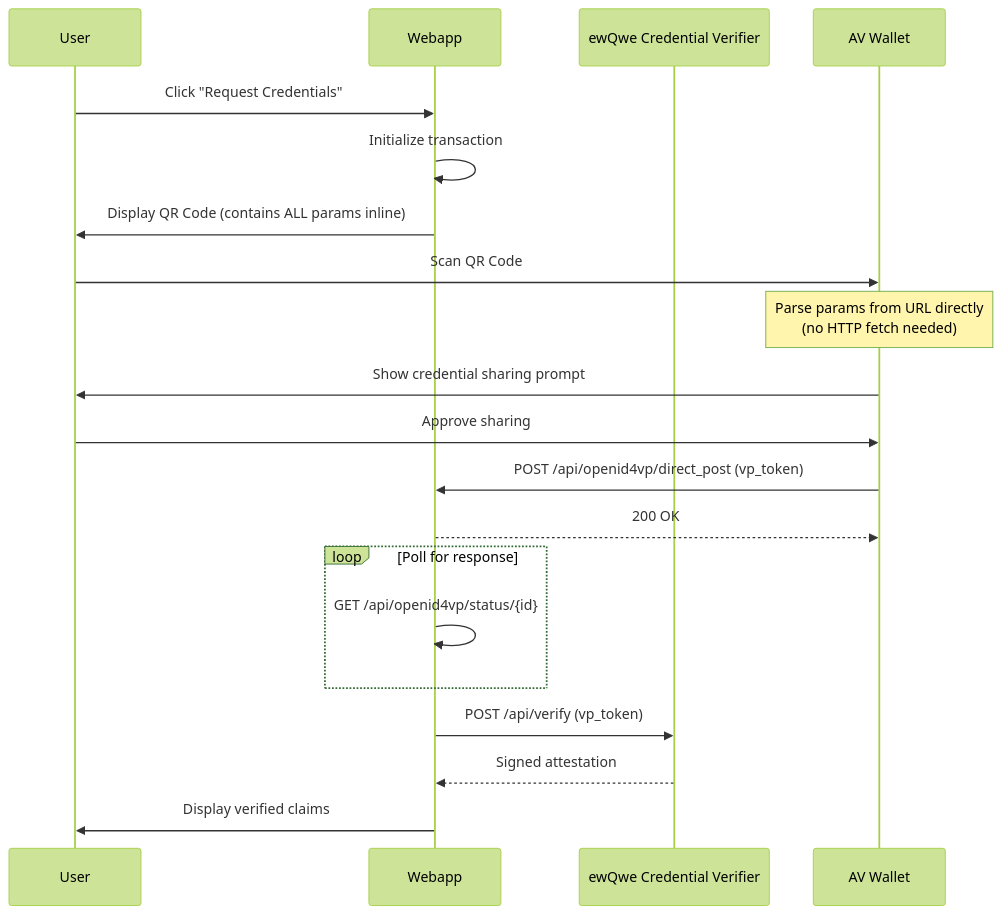
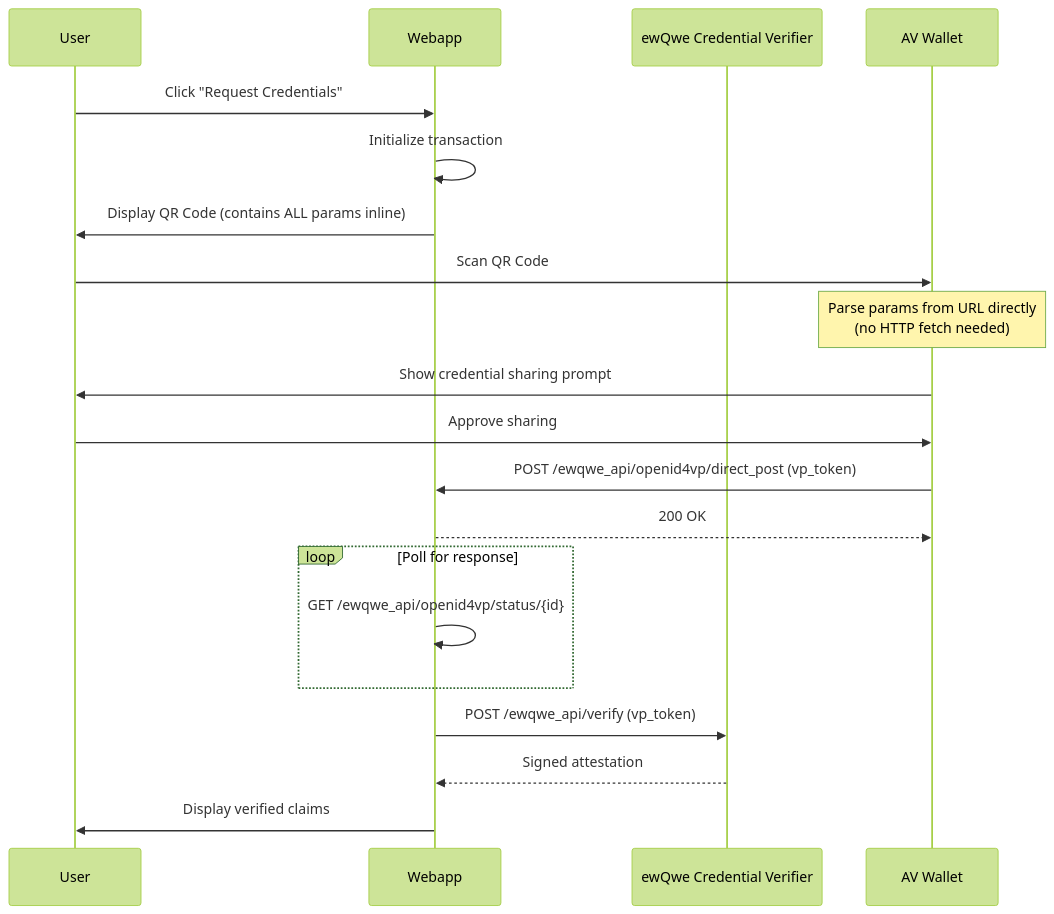
Before and after one commit to rd-ewqwe/ewqwe-identity: the third of 4 diagrams in documentation/src/demo_webapp.md, drawn with Mermaid (forest theme). The commit also changed other lines of this file and 33 other files, not shown here.

Commit message:
changed api endpoint from /api/ to /ewqwe_api/

````diff
--- a/documentation/src/demo_webapp.md
+++ b/documentation/src/demo_webapp.md
@@ -170,26 +170,26 @@
 ```mermaid
 sequenceDiagram
     participant U as User
     participant W as Webapp
     participant V as ewQwe Credential Verifier
     participant M as AV Wallet
 
     U->>W: Click "Request Credentials"
     W->>W: Initialize transaction
     W->>U: Display QR Code (contains ALL params inline)
 
     U->>M: Scan QR Code
     Note over M: Parse params from URL directly<br/>(no HTTP fetch needed)
     M->>U: Show credential sharing prompt
     U->>M: Approve sharing
-    M->>W: POST /api/openid4vp/direct_post (vp_token)
+    M->>W: POST /ewqwe_api/openid4vp/direct_post (vp_token)
     W-->>M: 200 OK
 
     loop Poll for response
-        W->>W: GET /api/openid4vp/status/{id}
+        W->>W: GET /ewqwe_api/openid4vp/status/{id}
     end
 
-    W->>V: POST /api/verify (vp_token)
+    W->>V: POST /ewqwe_api/verify (vp_token)
     V-->>W: Signed attestation
     W->>U: Display verified claims
 ```
````
